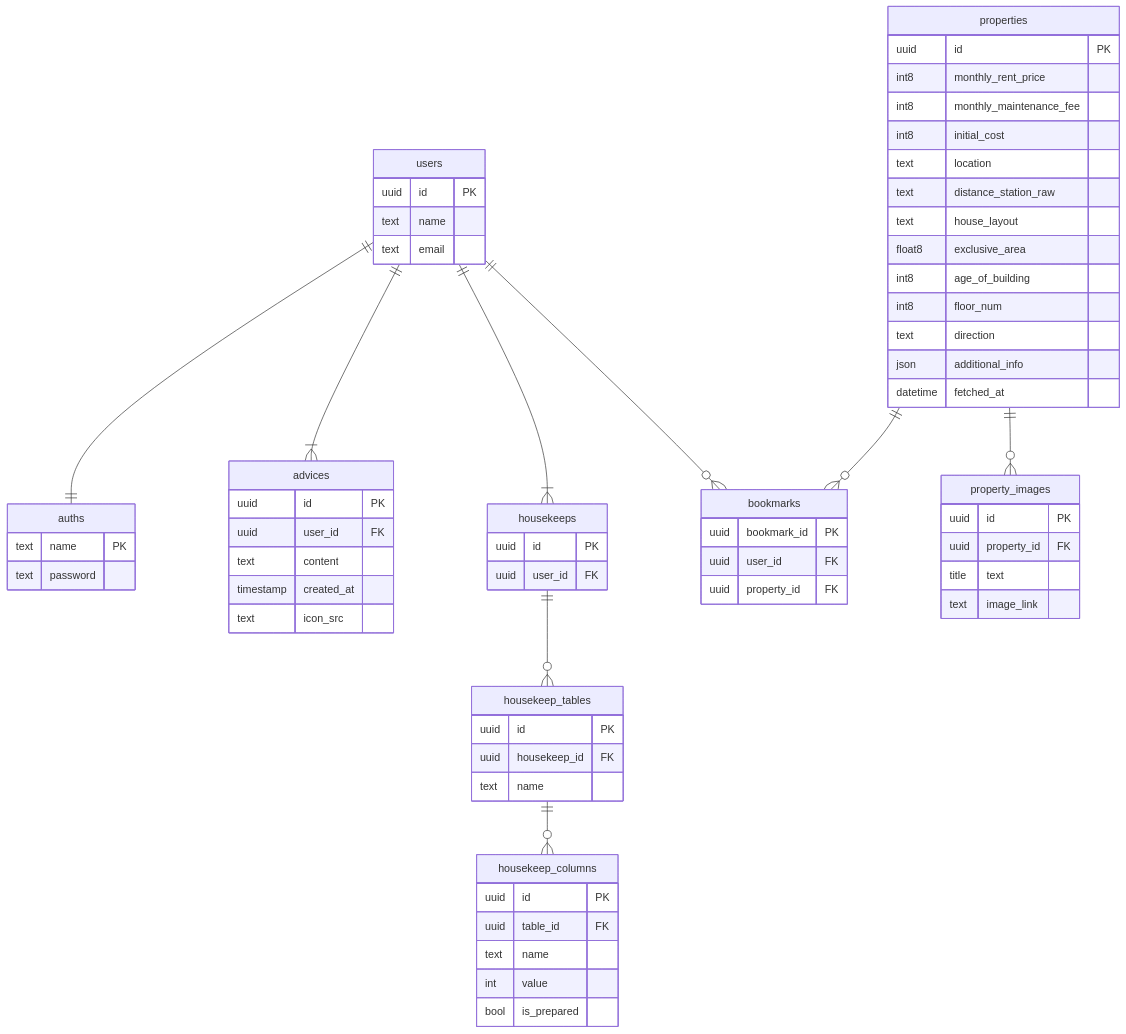
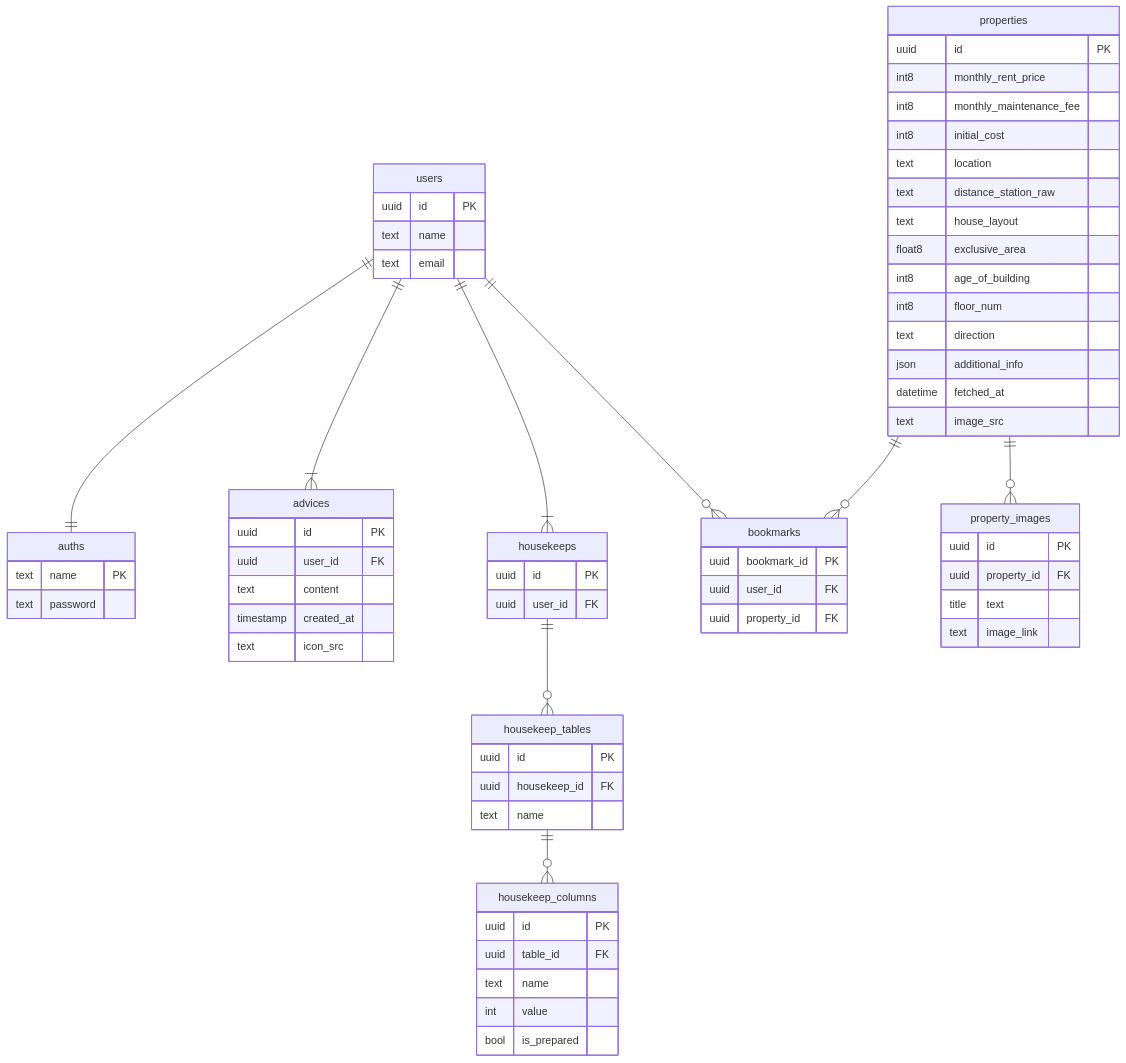
Before and after one commit to project-hikkoshiori/hikkoshiori: the diagram in docs/ER.md, drawn with Mermaid. The commit also changed 6 other files, not shown here.

Commit message:
add property colomn "image_src"

````diff
--- a/docs/ER.md
+++ b/docs/ER.md
@@ -1,80 +1,81 @@
 ```mermaid
 erDiagram
 
     users ||--|| auths: ""
     users ||--|{ advices: ""
     users ||--|{ housekeeps: ""
     users ||--o{ bookmarks: ""
     housekeeps ||--o{ housekeep_tables: ""
     housekeep_tables ||--o{ housekeep_columns: ""
     properties ||--o{ bookmarks: ""
     properties ||--o{ property_images: ""
 
     auths {
         text name PK
         text password
     }
 
     users {
         uuid id PK
         text name
         text email
     }
 
     advices {
         uuid id PK
         uuid user_id FK
         text content
         timestamp created_at
         text icon_src
     }
 
     housekeeps {
         uuid id PK
         uuid user_id FK
     }
 
     housekeep_tables {
         uuid id PK
         uuid housekeep_id FK
         text name
     }
 
     housekeep_columns {
         uuid id PK
         uuid table_id FK
         text name
         int value
         bool is_prepared
     }
 
 
     bookmarks{
         uuid bookmark_id PK
         uuid user_id FK
         uuid property_id FK
     }
 
     properties{
         uuid id PK
         int8 monthly_rent_price
         int8 monthly_maintenance_fee
         int8 initial_cost
         text location
         text distance_station_raw
         text house_layout
         float8 exclusive_area
         int8 age_of_building
         int8 floor_num
         text direction
         json additional_info
         datetime fetched_at
+        text image_src
     }
     
     property_images{
         uuid id PK
         uuid property_id FK
         title text
         text image_link
     }
 ```
````
